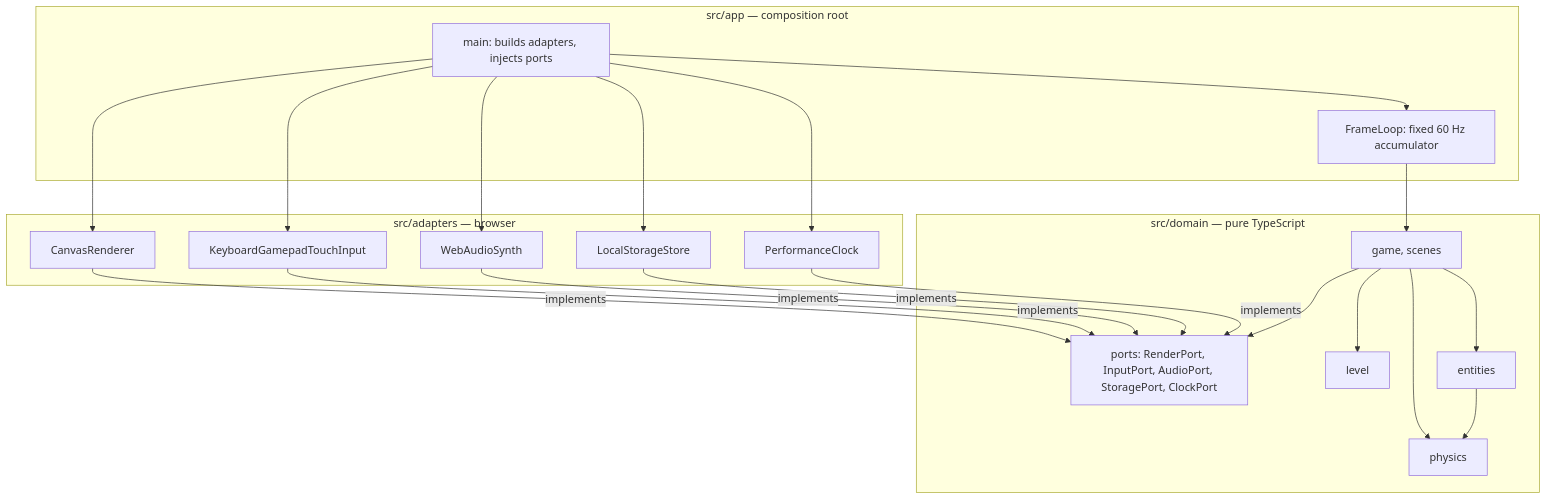
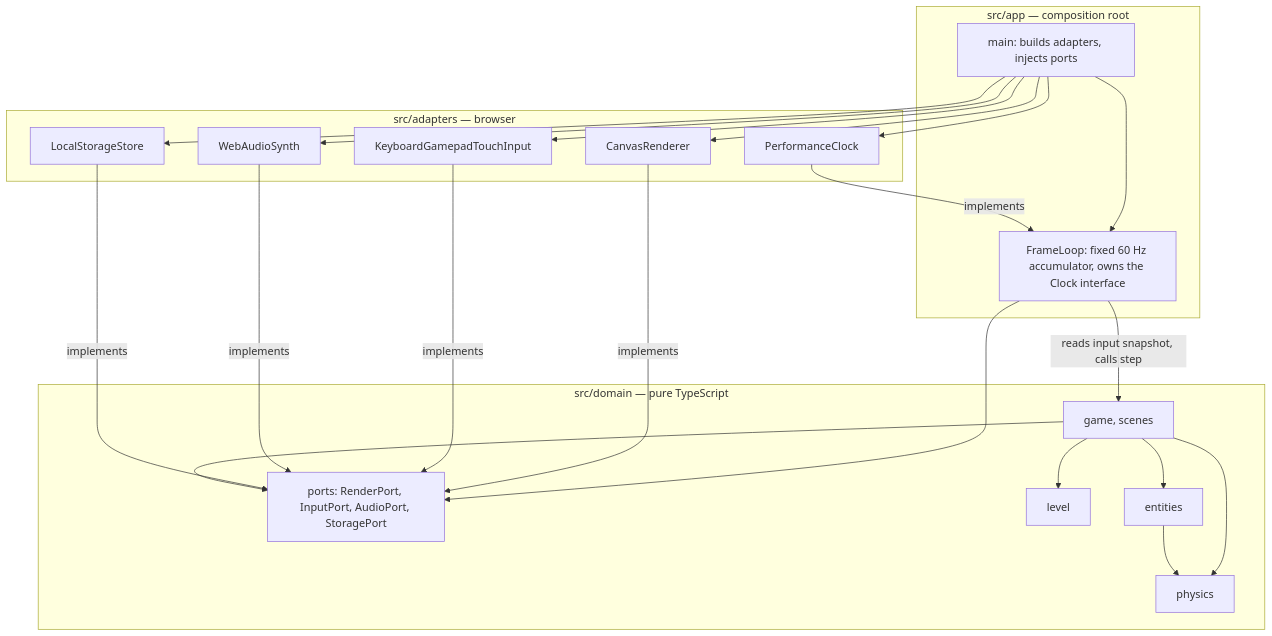
The diagram in docs/architecture/diagrams/system/03-component.md (benoit-bremaud/retro-plumber), drawn with Mermaid before and after one commit. The commit also changed other lines of this file and 13 other files, not shown here.

First line of the commit message:
docs(design): apply local review findings to GDD, ADRs and UML

````diff
--- a/docs/architecture/diagrams/system/03-component.md
+++ b/docs/architecture/diagrams/system/03-component.md
@@ -13,38 +13,39 @@
 ```mermaid
 flowchart TB
     subgraph App["src/app — composition root"]
         Main["main: builds adapters, injects ports"]
-        Loop["FrameLoop: fixed 60 Hz accumulator"]
+        Loop["FrameLoop: fixed 60 Hz accumulator, owns the Clock interface"]
     end
     subgraph Adapters["src/adapters — browser"]
         Canvas["CanvasRenderer"]
         Keys["KeyboardGamepadTouchInput"]
         Audio["WebAudioSynth"]
         Store["LocalStorageStore"]
         Clock["PerformanceClock"]
     end
     subgraph Domain["src/domain — pure TypeScript"]
-        Ports["ports: RenderPort, InputPort, AudioPort, StoragePort, ClockPort"]
+        Ports["ports: RenderPort, InputPort, AudioPort, StoragePort"]
         Game["game, scenes"]
         Physics["physics"]
         Level["level"]
         Entities["entities"]
     end
     Main --> Loop
     Main --> Canvas
     Main --> Keys
     Main --> Audio
     Main --> Store
     Main --> Clock
-    Loop --> Game
+    Loop -->|"reads input snapshot, calls step"| Game
+    Loop --> Ports
+    Clock -->|"implements"| Loop
     Canvas -->|"implements"| Ports
     Keys -->|"implements"| Ports
     Audio -->|"implements"| Ports
     Store -->|"implements"| Ports
-    Clock -->|"implements"| Ports
     Game --> Ports
     Game --> Physics
     Game --> Level
     Game --> Entities
     Entities --> Physics
 ```
````
